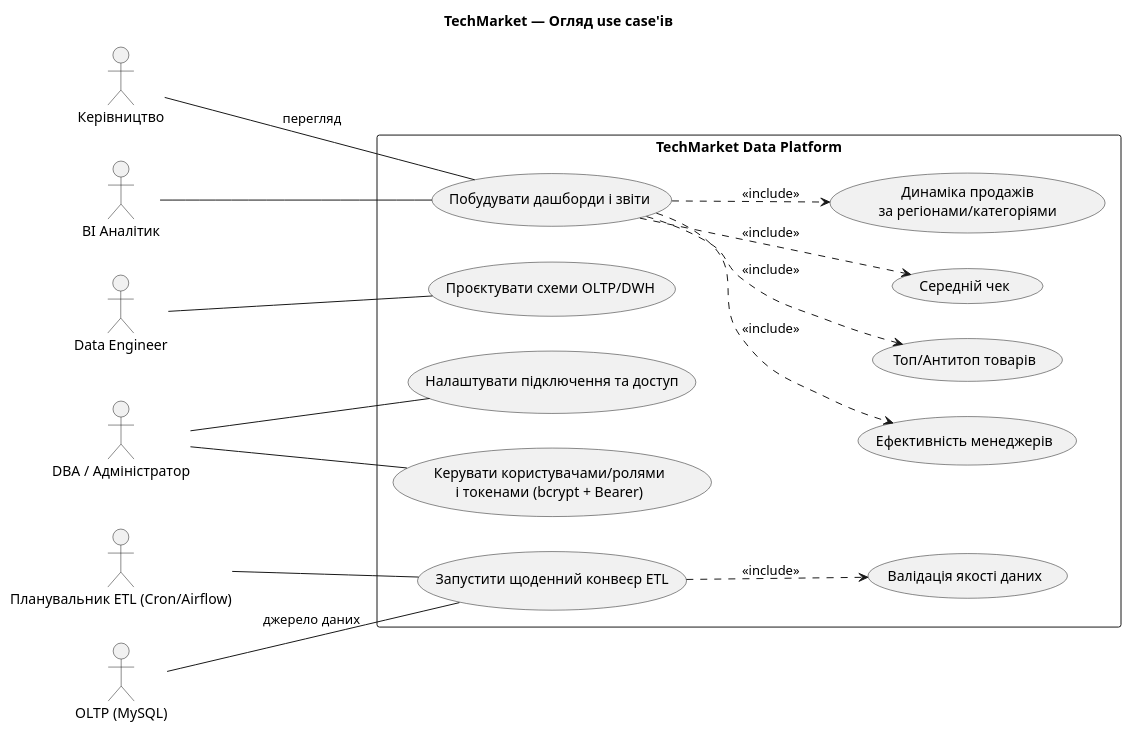
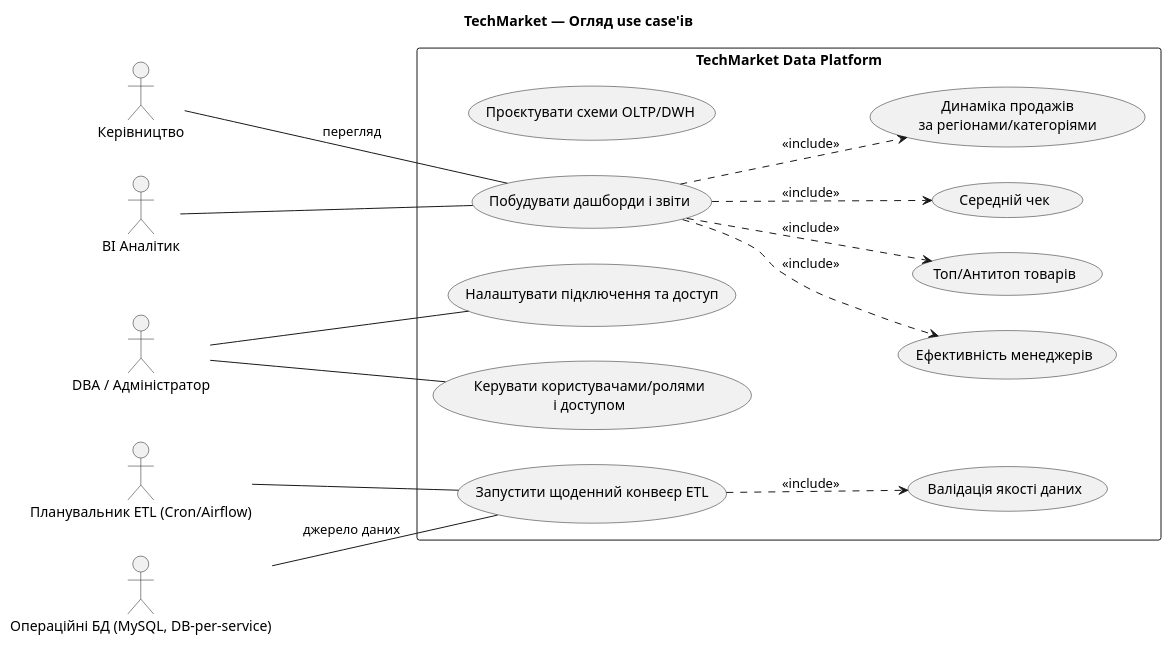
The diagram in 9-sem/Info/docs/usecase/usecase_overview.puml (kshchuk/uni), drawn with PlantUML before and after one commit. The commit also changed 46 other files, not shown here.

Commit message:
removed Data Engineer

```diff
--- a/9-sem/Info/docs/usecase/usecase_overview.puml
+++ b/9-sem/Info/docs/usecase/usecase_overview.puml
@@ -1,40 +1,38 @@
 @startuml TechMarket_Overview
 title TechMarket — Огляд use case'ів
 left to right direction
 
 actor "Керівництво" as Exec
 actor "BI Аналітик" as BI
-actor "Data Engineer" as DE
 actor "DBA / Адміністратор" as DBA
 actor "Планувальник ETL (Cron/Airflow)" as Sched
-actor "OLTP (MySQL)" as OLTP
+actor "Операційні БД (MySQL, DB‑per‑service)" as OLTP
 
 rectangle "TechMarket Data Platform" as SYS {
   usecase "Проєктувати схеми OLTP/DWH" as UC_Design
   usecase "Налаштувати підключення та доступ" as UC_Access
   usecase "Запустити щоденний конвеєр ETL" as UC_DailyETL
   usecase "Валідація якості даних" as UC_DQ
   usecase "Побудувати дашборди і звіти" as UC_BI
-  usecase "Керувати користувачами/ролями\nі токенами (bcrypt + Bearer)" as UC_Auth
+  usecase "Керувати користувачами/ролями\nі доступом" as UC_Auth
 
   usecase "Динаміка продажів\nза регіонами/категоріями" as UC_SalesTrend
   usecase "Ефективність менеджерів" as UC_ManagersPerf
   usecase "Топ/Антитоп товарів" as UC_TopProducts
   usecase "Середній чек" as UC_AOV
 }
 
 UC_BI ..> UC_SalesTrend : <<include>>
 UC_BI ..> UC_ManagersPerf : <<include>>
 UC_BI ..> UC_TopProducts : <<include>>
 UC_BI ..> UC_AOV : <<include>>
 UC_DailyETL ..> UC_DQ : <<include>>
 
-DE -- UC_Design
 DBA -- UC_Access
 DBA -- UC_Auth
 Sched -- UC_DailyETL
 BI -- UC_BI
 Exec -- UC_BI : перегляд
 OLTP -- UC_DailyETL : джерело даних
 
 @enduml
```
